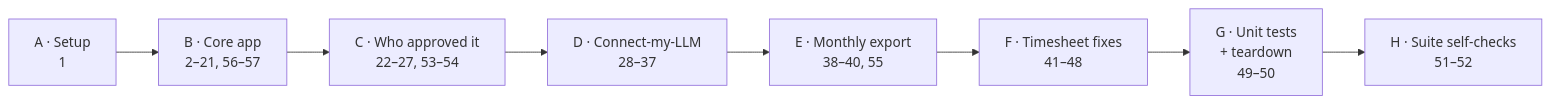
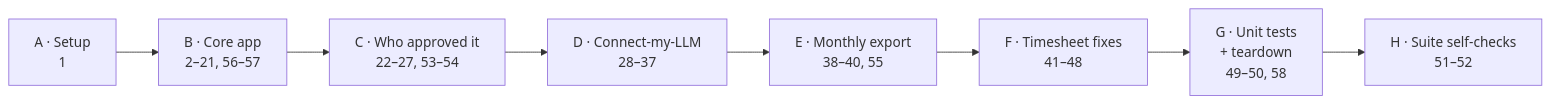
One commit to JoshNorris-Titan/titan-time-e2e changed the third of 3 diagrams in README.md. Above: the diagram before and after it, drawn with Mermaid. The commit also changed other lines of this file and 4 other files, not shown here.

````diff
--- a/README.md
+++ b/README.md
@@ -128,6 +128,6 @@
 ```mermaid
 flowchart LR
   A["A · Setup<br/>1"] --> B["B · Core app<br/>2–21, 56–57"] --> C["C · Who approved it<br/>22–27, 53–54"] --> D["D · Connect-my-LLM<br/>28–37"]
-  D --> E["E · Monthly export<br/>38–40, 55"] --> F["F · Timesheet fixes<br/>41–48"] --> G["G · Unit tests<br/>+ teardown<br/>49–50"]
+  D --> E["E · Monthly export<br/>38–40, 55"] --> F["F · Timesheet fixes<br/>41–48"] --> G["G · Unit tests<br/>+ teardown<br/>49–50, 58"]
   G --> H["H · Suite self-checks<br/>51–52"]
 ```
````
